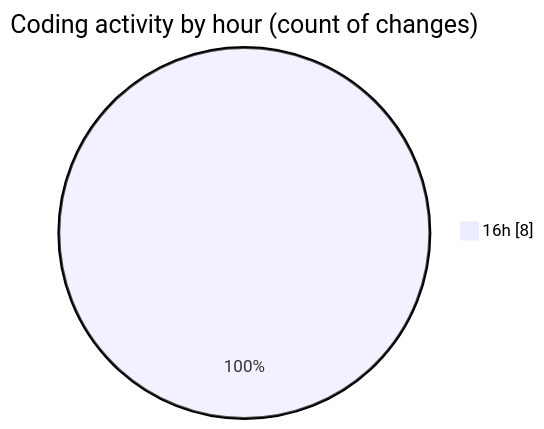
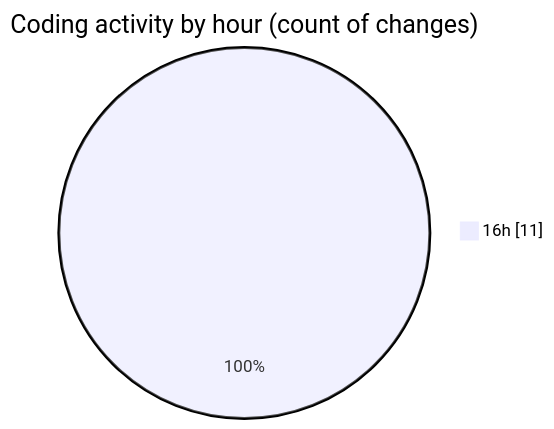
One commit to robertbonfada/code-tracking changed the second of 2 diagrams in 2025-05-20/mbc-web/README.md. Above: the diagram before and after it, drawn with Mermaid. The commit also changed other lines of this file and 1 other file, not shown here.

````diff
--- a/2025-05-20/mbc-web/README.md
+++ b/2025-05-20/mbc-web/README.md
@@ -32,5 +33,5 @@
 ```mermaid
 pie showData
 title Coding activity by hour (count of changes)
-"16h" : 8
+"16h" : 11
 ```
````
